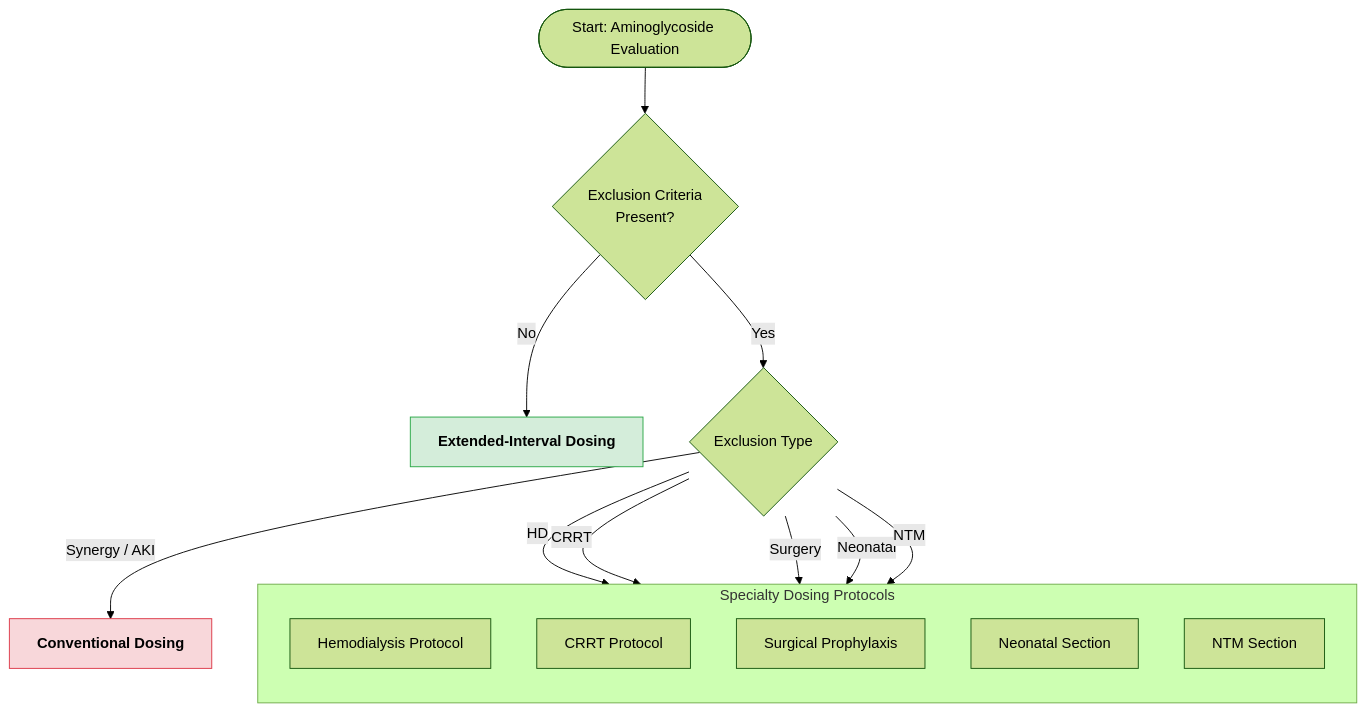
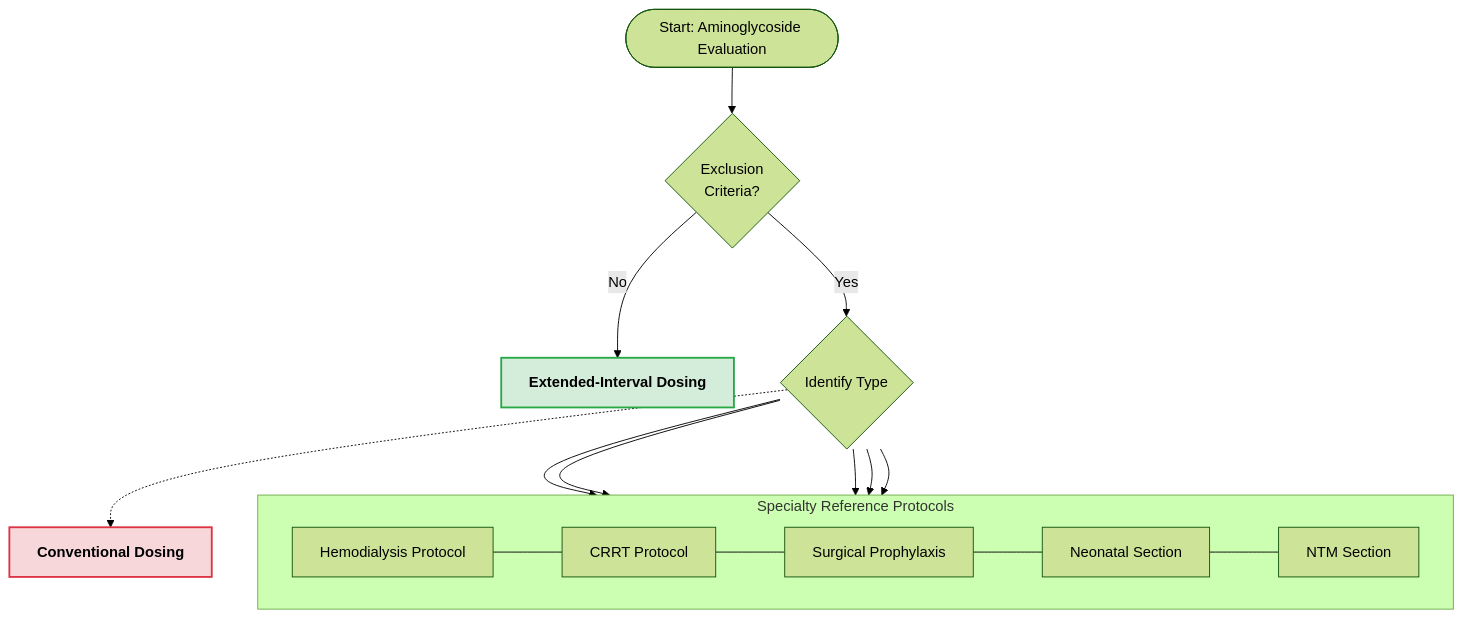
One commit to shemtsai/Aminoglycoside-Calculator changed the diagram in dosing-strategy.md. Above: the diagram before and after it, drawn with Mermaid (forest theme).

````diff
--- a/dosing-strategy.md
+++ b/dosing-strategy.md
@@ -38,30 +38,27 @@
 ```mermaid
 flowchart TD
-    Start([Start: Aminoglycoside Evaluation]) --> Criteria{Exclusion Criteria<br/>Present?}
+    Start([Start: Aminoglycoside Evaluation]) --> Criteria{Exclusion<br/>Criteria?}
     
-    %% Main Path
+    %% Vertical Path
     Criteria -- No --> EI[<b>Extended-Interval Dosing</b>]
-    style EI fill:#d4edda,stroke:#28a745
+    style EI fill:#d4edda,stroke:#28a745,stroke-width:2px
 
-    %% Exclusion Path
-    Criteria -- Yes --> ExclusionType{Exclusion Type}
+    %% Horizontal Branching
+    Criteria -- Yes --> ExclusionType{Identify Type}
+    
+    ExclusionType -.-> Conv[<b>Conventional Dosing</b>]
+    style Conv fill:#f8d7da,stroke:#dc3545,stroke-width:2px
 
-    %% Grouping Outcomes
-    subgraph Specialty_Protocols [Specialty Dosing Protocols]
-        direction TB
-        G[Hemodialysis Protocol]
-        H[CRRT Protocol]
-        I[Surgical Prophylaxis]
-        J[Neonatal Section]
-        K[NTM Section]
+    %% Reference Nodes pushed to the right
+    ExclusionType --> HD[Hemodialysis Protocol]
+    ExclusionType --> CRRT[CRRT Protocol]
+    ExclusionType --> Surg[Surgical Prophylaxis]
+    ExclusionType --> Neo[Neonatal Section]
+    ExclusionType --> NTM[NTM Section]
+
+    %% Layout Tweak: Forcing alignment
+    subgraph References [Specialty Reference Protocols]
+        direction LR
+        HD --- CRRT --- Surg --- Neo --- NTM
     end
-
-    ExclusionType -->|Synergy / AKI| F[<b>Conventional Dosing</b>]
-    style F fill:#f8d7da,stroke:#dc3545
-
-    ExclusionType -->|HD| G
-    ExclusionType -->|CRRT| H
-    ExclusionType -->|Surgery| I
-    ExclusionType -->|Neonatal| J
-    ExclusionType -->|NTM| K
 ```
````
